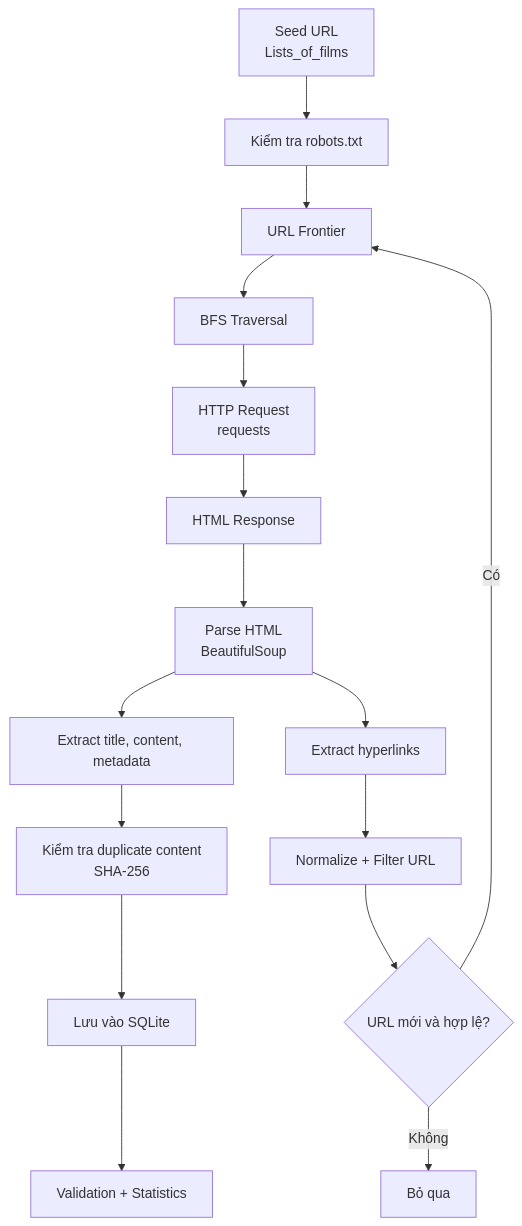
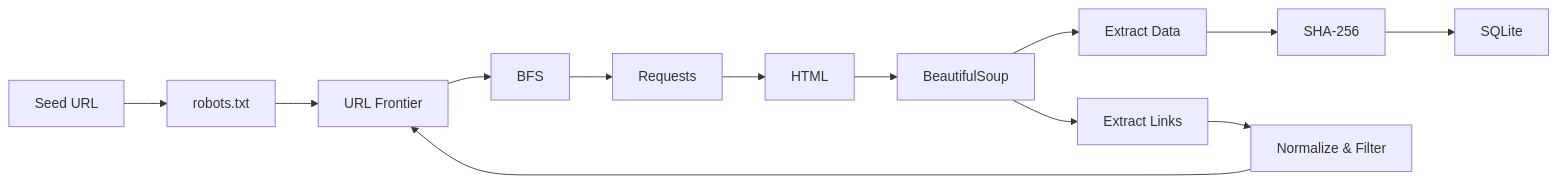
Before and after one commit to giakhang48/Crawls: the diagram in README.md, drawn with Mermaid. The commit also changed other lines of this file, not shown here.

````diff
--- a/README.md
+++ b/README.md
@@ -27,18 +14,15 @@
 ```mermaid
-flowchart TD
-    A[Seed URL<br/>Lists_of_films] --> B[Kiểm tra robots.txt]
+flowchart LR
+    A[Seed URL] --> B[robots.txt]
     B --> C[URL Frontier]
-    C --> D[BFS Traversal]
-    D --> E[HTTP Request<br/>requests]
-    E --> F[HTML Response]
-    F --> G[Parse HTML<br/>BeautifulSoup]
-    G --> H[Extract title, content, metadata]
-    G --> I[Extract hyperlinks]
-    I --> J[Normalize + Filter URL]
-    J --> K{URL mới và hợp lệ?}
-    K -- Có --> C
-    K -- Không --> L[Bỏ qua]
-    H --> M[Kiểm tra duplicate content<br/>SHA-256]
-    M --> N[Lưu vào SQLite]
-    N --> O[Validation + Statistics]
+    C --> D[BFS]
+    D --> E[Requests]
+    E --> F[HTML]
+    F --> G[BeautifulSoup]
+    G --> H[Extract Data]
+    G --> I[Extract Links]
+    I --> J[Normalize & Filter]
+    J --> C
+    H --> K[SHA-256]
+    K --> L[SQLite]
 ```
````
